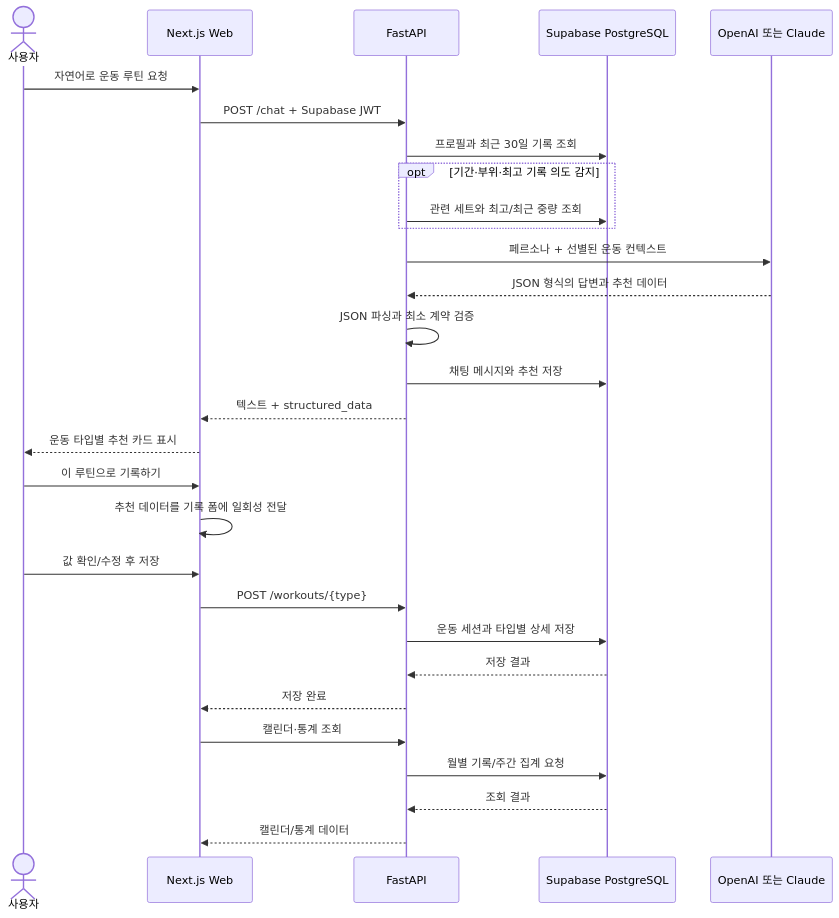
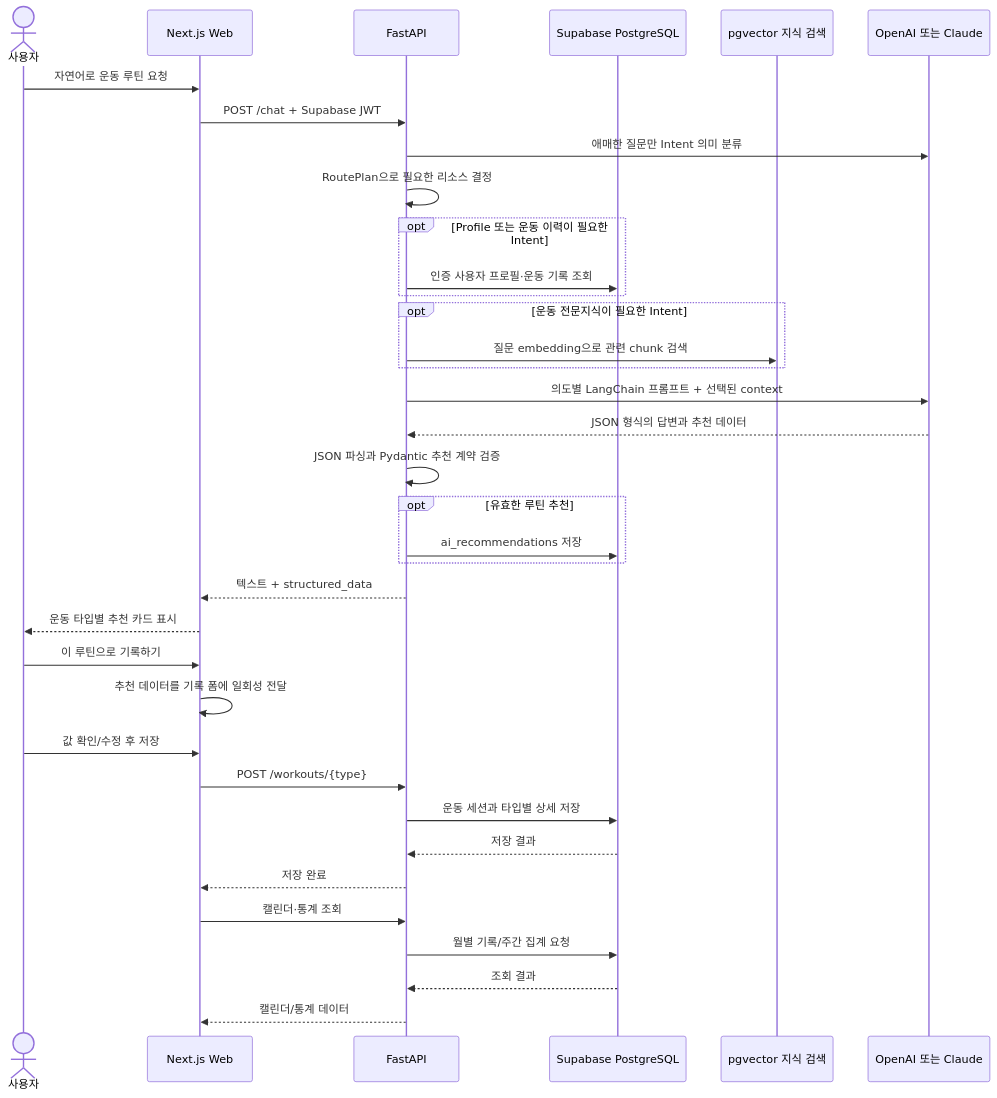
The first of 3 diagrams in README.md (kwonup/fit-pt), drawn with Mermaid before and after one commit. The commit also changed other lines of this file and 6 other files, not shown here.

````diff
--- a/README.md
+++ b/README.md
@@ -112,32 +114,39 @@
 ```mermaid
 sequenceDiagram
     actor User as 사용자
     participant Web as Next.js Web
     participant API as FastAPI
     participant DB as Supabase PostgreSQL
+    participant RAG as pgvector 지식 검색
     participant AI as OpenAI 또는 Claude
 
     User->>Web: 자연어로 운동 루틴 요청
     Web->>API: POST /chat + Supabase JWT
-    API->>DB: 프로필과 최근 30일 기록 조회
-    opt 기간·부위·최고 기록 의도 감지
-        API->>DB: 관련 세트와 최고/최근 중량 조회
+    API->>AI: 애매한 질문만 Intent 의미 분류
+    API->>API: RoutePlan으로 필요한 리소스 결정
+    opt Profile 또는 운동 이력이 필요한 Intent
+        API->>DB: 인증 사용자 프로필·운동 기록 조회
     end
-    API->>AI: 페르소나 + 선별된 운동 컨텍스트
+    opt 운동 전문지식이 필요한 Intent
+        API->>RAG: 질문 embedding으로 관련 chunk 검색
+    end
+    API->>AI: 의도별 LangChain 프롬프트 + 선택된 context
     AI-->>API: JSON 형식의 답변과 추천 데이터
-    API->>API: JSON 파싱과 최소 계약 검증
-    API->>DB: 채팅 메시지와 추천 저장
+    API->>API: JSON 파싱과 Pydantic 추천 계약 검증
+    opt 유효한 루틴 추천
+        API->>DB: ai_recommendations 저장
+    end
     API-->>Web: 텍스트 + structured_data
     Web-->>User: 운동 타입별 추천 카드 표시
     User->>Web: 이 루틴으로 기록하기
     Web->>Web: 추천 데이터를 기록 폼에 일회성 전달
     User->>Web: 값 확인/수정 후 저장
     Web->>API: POST /workouts/{type}
     API->>DB: 운동 세션과 타입별 상세 저장
     DB-->>API: 저장 결과
     API-->>Web: 저장 완료
     Web->>API: 캘린더·통계 조회
     API->>DB: 월별 기록/주간 집계 요청
     DB-->>API: 조회 결과
     API-->>Web: 캘린더/통계 데이터
 ```
````
